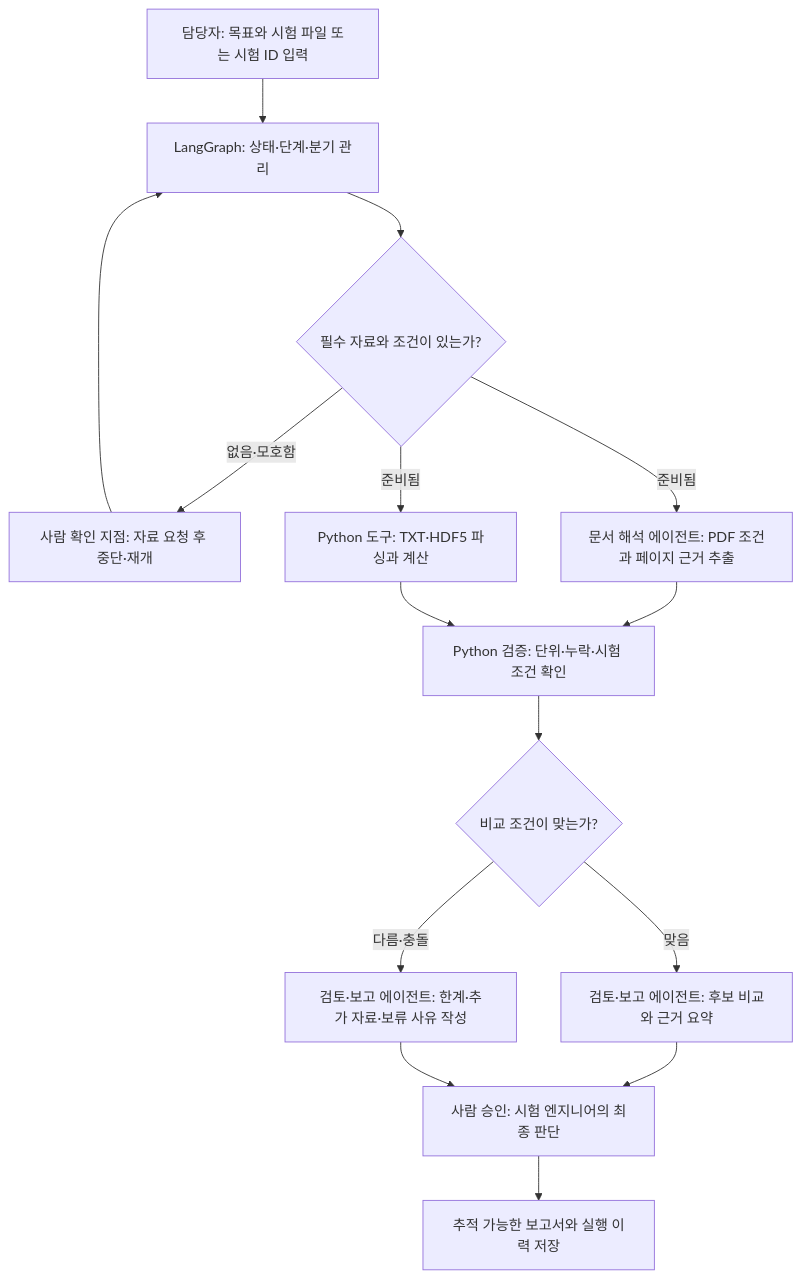
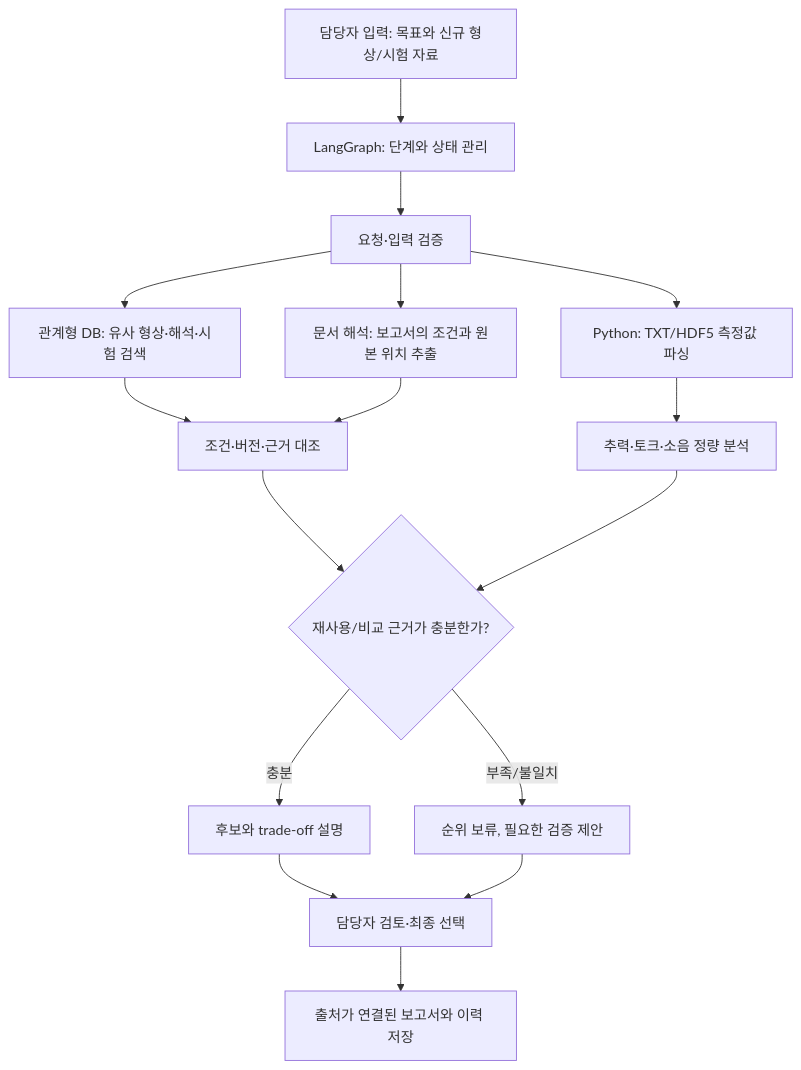
The diagram in Propeller Evidence Agent 1.md (gyugyutae/cmds-llm-wiki), drawn with Mermaid before and after one commit. The commit also changed other lines of this file and 2 other files, not shown here.

````diff
--- a/Propeller Evidence Agent 1.md
+++ b/Propeller Evidence Agent 1.md
@@ -38,17 +60,18 @@
-```mermaid
+~~~mermaid
 flowchart TD
-    U["담당자: 목표와 시험 파일 또는 시험 ID 입력"] --> G["LangGraph: 상태·단계·분기 관리"]
-    G --> V{"필수 자료와 조건이 있는가?"}
-    V -->|"없음·모호함"| I["사람 확인 지점: 자료 요청 후 중단·재개"]
-    I --> G
-    V -->|"준비됨"| D["문서 해석 에이전트: PDF 조건과 페이지 근거 추출"]
-    V -->|"준비됨"| P["Python 도구: TXT·HDF5 파싱과 계산"]
-    D --> C["Python 검증: 단위·누락·시험 조건 확인"]
-    P --> C
-    C --> R{"비교 조건이 맞는가?"}
-    R -->|"맞음"| A["검토·보고 에이전트: 후보 비교와 근거 요약"]
-    R -->|"다름·충돌"| B["검토·보고 에이전트: 한계·추가 자료·보류 사유 작성"]
-    A --> H["사람 승인: 시험 엔지니어의 최종 판단"]
+    U["담당자 입력: 목표와 신규 형상/시험 자료"] --> G["LangGraph: 단계와 상태 관리"]
+    G --> Q["요청·입력 검증"]
+    Q --> S["관계형 DB: 유사 형상·해석·시험 검색"]
+    Q --> D["문서 해석: 보고서의 조건과 원본 위치 추출"]
+    Q --> P["Python: TXT/HDF5 측정값 파싱"]
+    S --> C["조건·버전·근거 대조"]
+    D --> C
+    P --> N["추력·토크·소음 정량 분석"]
+    C --> R{"재사용/비교 근거가 충분한가?"}
+    N --> R
+    R -->|"충분"| A["후보와 trade-off 설명"]
+    R -->|"부족/불일치"| B["순위 보류, 필요한 검증 제안"]
+    A --> H["담당자 검토·최종 선택"]
     B --> H
-    H --> Z["추적 가능한 보고서와 실행 이력 저장"]
-```
+    H --> O["출처가 연결된 보고서와 이력 저장"]
+~~~
````
